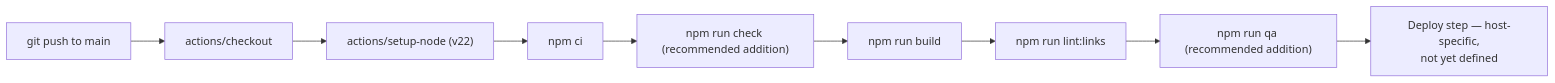
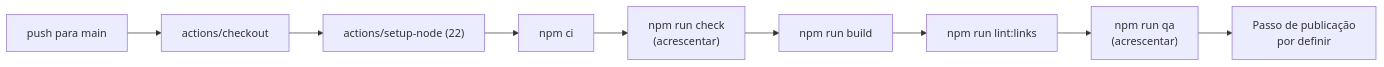
Before and after one commit to themantas1994/arla-site: the diagram in wiki/CI-CD.md, drawn with Mermaid. The commit also changed other lines of this file and 53 other files, not shown here.

````diff
--- a/wiki/CI-CD.md
+++ b/wiki/CI-CD.md
@@ -55,11 +65,11 @@
 ```mermaid
 flowchart LR
-    Push["git push to main"] --> Checkout["actions/checkout"]
-    Checkout --> SetupNode["actions/setup-node (v22)"]
-    SetupNode --> Install["npm ci"]
-    Install --> TypeCheck["npm run check (recommended addition)"]
-    TypeCheck --> Build["npm run build"]
-    Build --> LinkCheck["npm run lint:links"]
-    LinkCheck --> QA["npm run qa (recommended addition)"]
-    QA --> Deploy["Deploy step — host-specific,\nnot yet defined"]
+    Push["push para main"] --> Checkout["actions/checkout"]
+    Checkout --> Node["actions/setup-node (22)"]
+    Node --> Install["npm ci"]
+    Install --> Check["npm run check<br>(acrescentar)"]
+    Check --> Build["npm run build"]
+    Build --> Links["npm run lint:links"]
+    Links --> QA["npm run qa<br>(acrescentar)"]
+    QA --> Deploy["Passo de publicação<br>por definir"]
 ```
````
